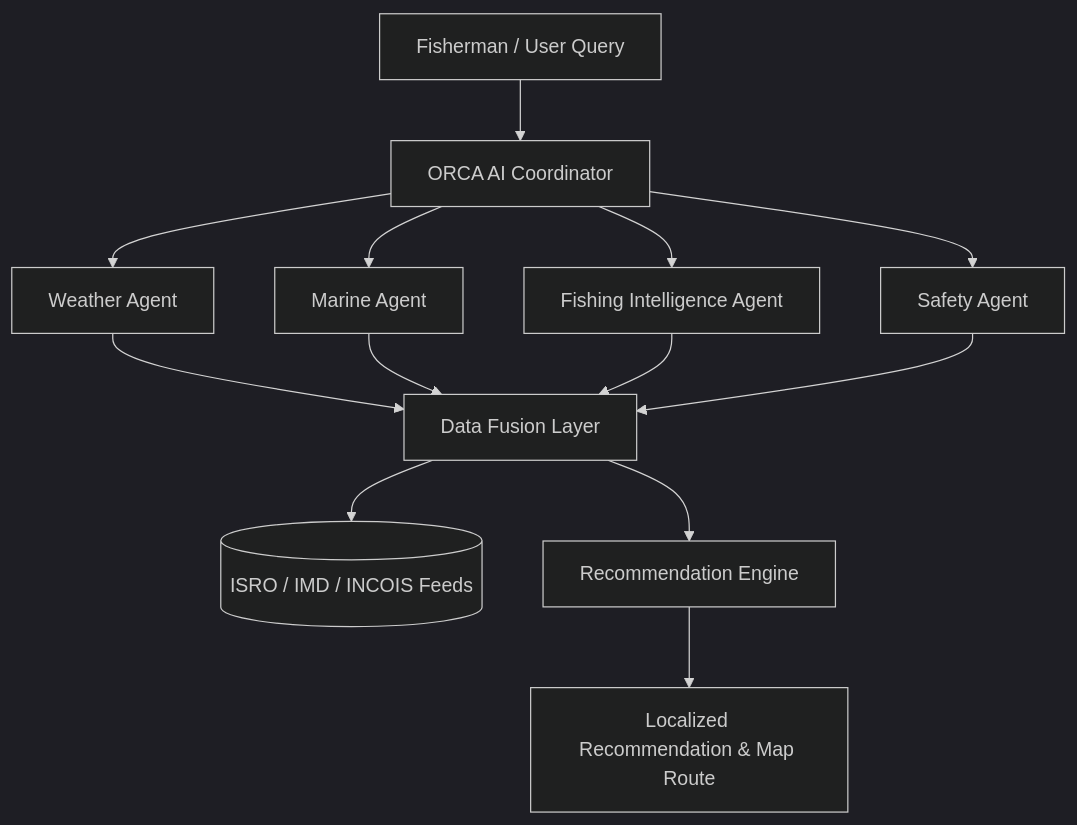
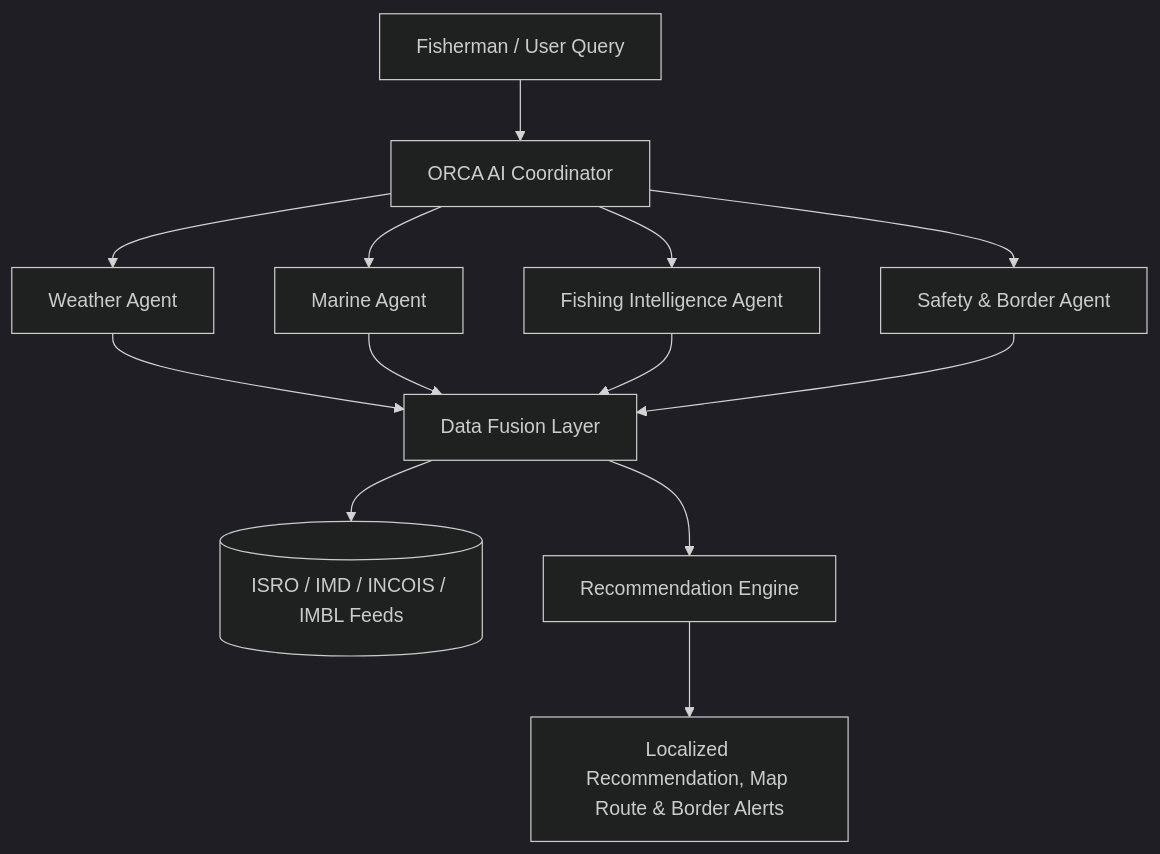
The diagram in README.md (gssanjay12/ORCA), drawn with Mermaid (dark theme) before and after one commit. The commit also changed other lines of this file and 7 other files, not shown here.

````diff
--- a/README.md
+++ b/README.md
@@ -77,17 +71,17 @@
 ```mermaid
 graph TD
     User[Fisherman / User Query] --> Coordinator[ORCA AI Coordinator]
     Coordinator --> WeatherAgent[Weather Agent]
     Coordinator --> MarineAgent[Marine Agent]
     Coordinator --> FishingAgent[Fishing Intelligence Agent]
-    Coordinator --> SafetyAgent[Safety Agent]
+    Coordinator --> SafetyAgent[Safety & Border Agent]
 
     WeatherAgent --> Fusion[Data Fusion Layer]
     MarineAgent --> Fusion
     FishingAgent --> Fusion
     SafetyAgent --> Fusion
 
-    Fusion --> Sources[(ISRO / IMD / INCOIS Feeds)]
+    Fusion --> Sources[(ISRO / IMD / INCOIS / IMBL Feeds)]
     Fusion --> Engine[Recommendation Engine]
-    Engine --> Output[Localized Recommendation & Map Route]
+    Engine --> Output[Localized Recommendation, Map Route & Border Alerts]
 ```
````
